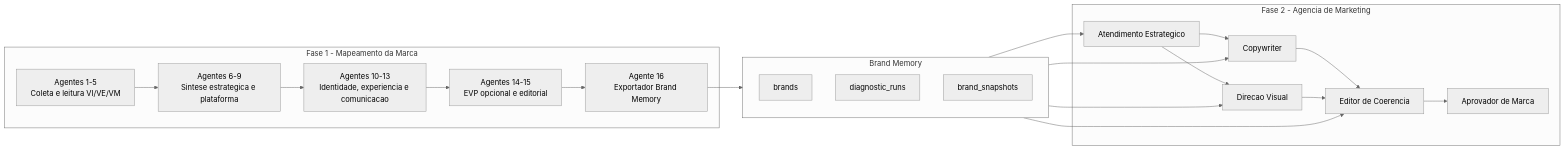
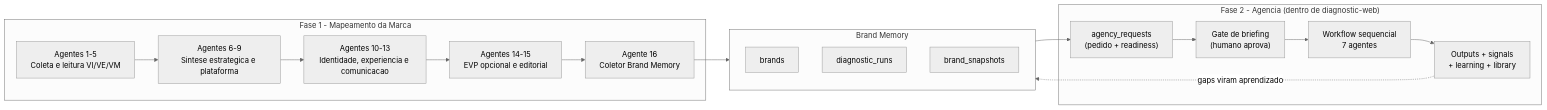
One commit to appbergamini/espansione-web changed the first of 3 diagrams in docs/estrutura-e-fluxo-agentes.md. Above: the diagram before and after it, drawn with Mermaid (neutral theme). The commit also changed other lines of this file and 26 other files, not shown here.

First line of the commit message:
@ feat(agency): brand book, perfis de execução explícitos e modo campanha

````diff
--- a/docs/estrutura-e-fluxo-agentes.md
+++ b/docs/estrutura-e-fluxo-agentes.md
@@ -9,36 +15,31 @@
 ```mermaid
 flowchart LR
   subgraph F1["Fase 1 - Mapeamento da Marca"]
     A1["Agentes 1-5\nColeta e leitura VI/VE/VM"]
     A2["Agentes 6-9\nSintese estrategica e plataforma"]
     A3["Agentes 10-13\nIdentidade, experiencia e comunicacao"]
     A4["Agentes 14-15\nEVP opcional e editorial"]
-    A5["Agente 16\nExportador Brand Memory"]
+    A5["Agente 16\nColetor Brand Memory"]
   end
 
   subgraph BM["Brand Memory"]
     B1["brands"]
     B2["diagnostic_runs"]
     B3["brand_snapshots"]
   end
 
-  subgraph F2["Fase 2 - Agencia de Marketing"]
-    C1["Atendimento Estrategico"]
-    C2["Copywriter"]
-    C3["Direcao Visual"]
-    C4["Editor de Coerencia"]
-    C5["Aprovador de Marca"]
+  subgraph F2["Fase 2 - Agencia (dentro de diagnostic-web)"]
+    R["agency_requests\n(pedido + readiness)"]
+    BG["Gate de briefing\n(humano aprova)"]
+    WF["Workflow sequencial\n7 agentes"]
+    OUT["Outputs + signals\n+ learning + library"]
   end
 
   A1 --> A2 --> A3 --> A4 --> A5
   A5 --> BM
-  BM --> C1
-  BM --> C2
-  BM --> C3
-  BM --> C4
-  C1 --> C2
-  C1 --> C3
-  C2 --> C4
-  C3 --> C4
-  C4 --> C5
+  BM --> R
+  R --> BG
+  BG --> WF
+  WF --> OUT
+  OUT -.->|gaps viram aprendizado| BM
 ```
````
